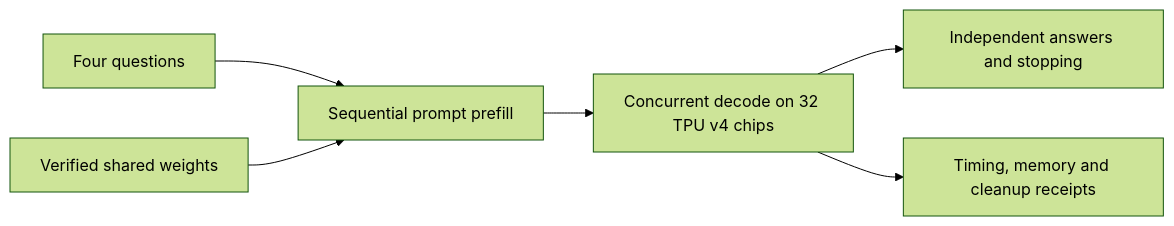
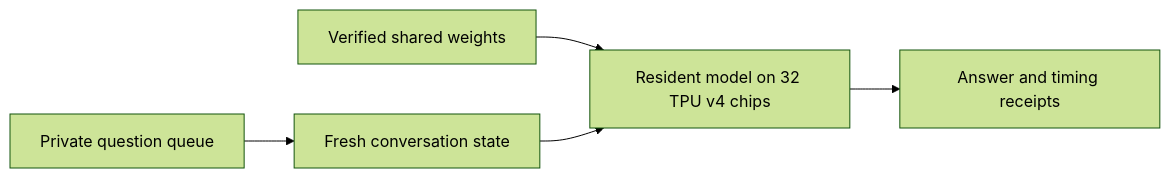
The diagram in README.md (GianluigiVitale/glm-tpu), drawn with Mermaid (forest theme) before and after one commit. The commit also changed other lines of this file and 11 other files, not shown here.

````diff
--- a/README.md
+++ b/README.md
@@ -35,8 +35,7 @@
 ```mermaid
 flowchart LR
-    Q[Four questions] --> P[Sequential prompt prefill]
-    W[Verified shared weights] --> P
-    P --> D[Concurrent decode on 32 TPU v4 chips]
-    D --> A[Independent answers and stopping]
-    D --> R[Timing, memory and cleanup receipts]
+    W[Verified shared weights] --> M[Resident model on 32 TPU v4 chips]
+    Q[Private question queue] --> P[Fresh conversation state]
+    P --> M
+    M --> A[Answer and timing receipts]
 ```
````
